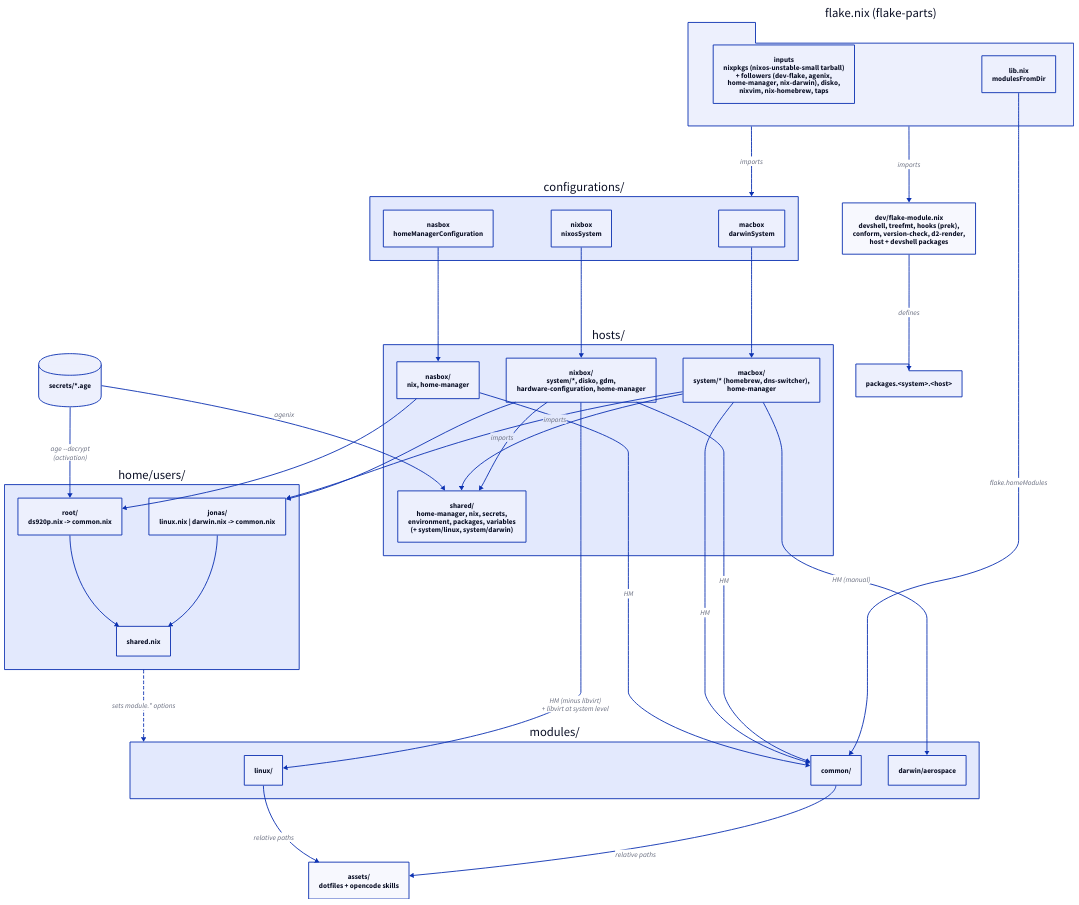
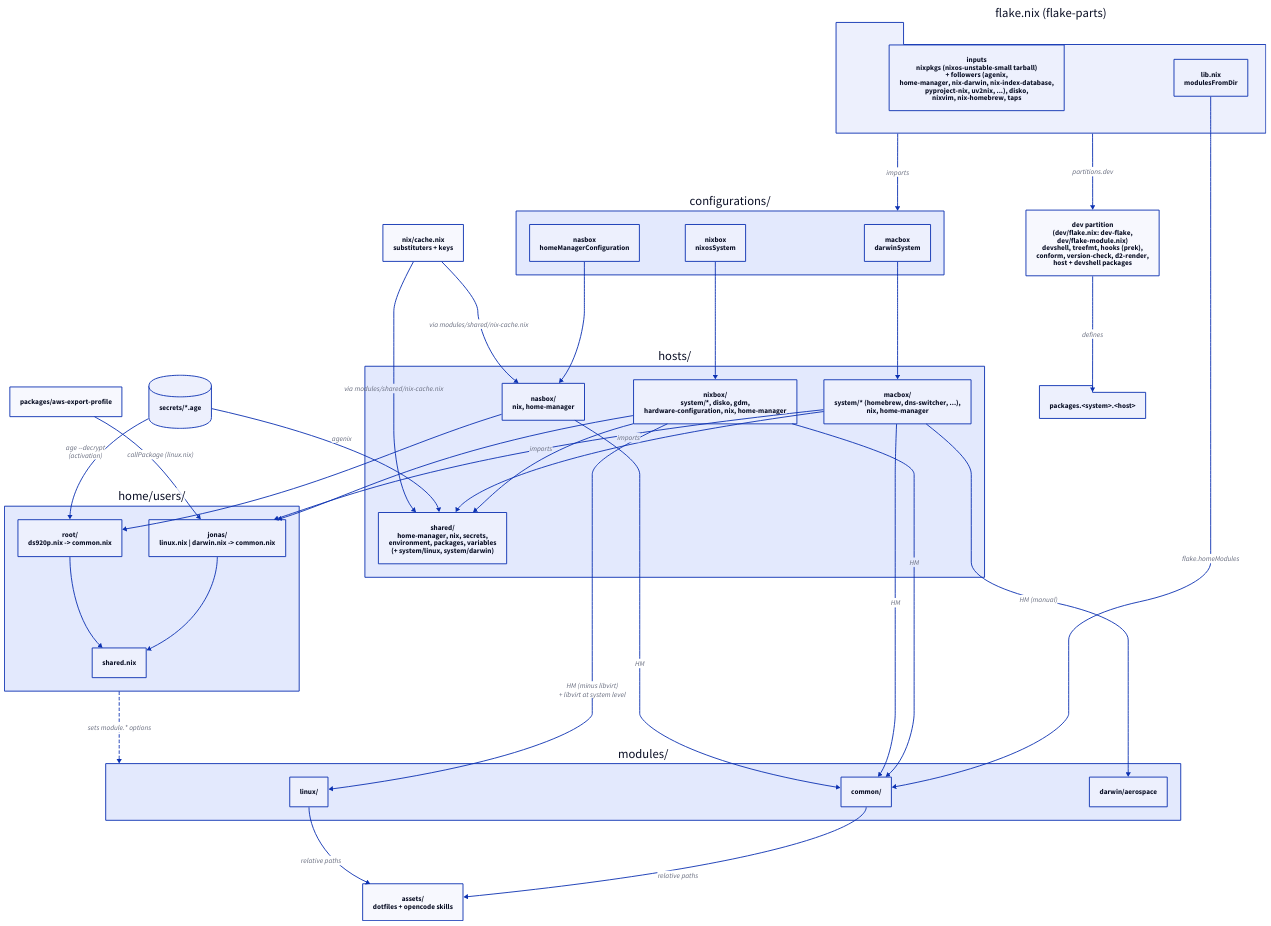
One commit to eana/nix-config changed the diagram in wiki/diagrams/architecture.d2. Above: the diagram before and after it, drawn with D2. The commit also changed 10 other files, not shown here.

```diff
--- a/wiki/diagrams/architecture.d2
+++ b/wiki/diagrams/architecture.d2
@@ -1,71 +1,78 @@
 direction: down
 
 flake: "flake.nix (flake-parts)" {
   shape: package
   lib: "lib.nix\nmodulesFromDir"
-  inputs: "inputs\nnixpkgs (nixos-unstable-small tarball)\n+ followers (dev-flake, agenix,\nhome-manager, nix-darwin), disko,\nnixvim, nix-homebrew, taps"
+  inputs: "inputs\nnixpkgs (nixos-unstable-small tarball)\n+ followers (agenix,\nhome-manager, nix-darwin, nix-index-database,\npyproject-nix, uv2nix, ...), disko,\nnixvim, nix-homebrew, taps"
 }
 
-dev: "dev/flake-module.nix\ndevshell, treefmt, hooks (prek),\nconform, version-check, d2-render,\nhost + devshell packages"
+dev: "dev partition\n(dev/flake.nix: dev-flake,\ndev/flake-module.nix)\ndevshell, treefmt, hooks (prek),\nconform, version-check, d2-render,\nhost + devshell packages"
 
 configurations: "configurations/" {
   cfg_nixbox: "nixbox\nnixosSystem"
   cfg_macbox: "macbox\ndarwinSystem"
   cfg_nasbox: "nasbox\nhomeManagerConfiguration"
 }
 
 hosts: "hosts/" {
   hosts_shared: "shared/\nhome-manager, nix, secrets,\nenvironment, packages, variables\n(+ system/linux, system/darwin)"
-  host_nixbox: "nixbox/\nsystem/*, disko, gdm,\nhardware-configuration, home-manager"
-  host_macbox: "macbox/\nsystem/* (homebrew, dns-switcher),\nhome-manager"
+  host_nixbox: "nixbox/\nsystem/*, disko, gdm,\nhardware-configuration, nix, home-manager"
+  host_macbox: "macbox/\nsystem/* (homebrew, dns-switcher, ...),\nnix, home-manager"
   host_nasbox: "nasbox/\nnix, home-manager"
 }
 
 home: "home/users/" {
   user_jonas: "jonas/\nlinux.nix | darwin.nix -> common.nix"
   user_root: "root/\nds920p.nix -> common.nix"
   user_shared: "shared.nix"
 }
 
 modules: "modules/" {
   mod_common: "common/"
   mod_linux: "linux/"
   mod_darwin: "darwin/aerospace"
 }
 
 assets: "assets/\ndotfiles + opencode skills"
 
+nixcache: "nix/cache.nix\nsubstituters + keys"
+
+pkgs: "packages/aws-export-profile"
+
 secrets: "secrets/*.age" {
   shape: cylinder
 }
 
 outputs: "packages.<system>.<host>" {
   shape: package
 }
 
-flake -> dev: "imports"
+flake -> dev: "partitions.dev"
 flake -> configurations: "imports"
 flake.lib -> modules.mod_common: "flake.homeModules"
 dev -> outputs: "defines"
 configurations.cfg_nixbox -> hosts.host_nixbox
 configurations.cfg_macbox -> hosts.host_macbox
 configurations.cfg_nasbox -> hosts.host_nasbox
 hosts.host_nixbox -> hosts.hosts_shared: "imports"
 hosts.host_macbox -> hosts.hosts_shared: "imports"
 hosts.host_nixbox -> home.user_jonas
 hosts.host_macbox -> home.user_jonas
 hosts.host_nasbox -> home.user_root
 home.user_jonas -> home.user_shared
 home.user_root -> home.user_shared
 hosts.host_nixbox -> modules.mod_common: "HM"
 hosts.host_nixbox -> modules.mod_linux: "HM (minus libvirt)\n+ libvirt at system level"
 hosts.host_macbox -> modules.mod_common: "HM"
 hosts.host_macbox -> modules.mod_darwin: "HM (manual)"
 hosts.host_nasbox -> modules.mod_common: "HM"
 home -> modules: "sets module.* options" {
   style.stroke-dash: 3
 }
 modules.mod_common -> assets: "relative paths"
 modules.mod_linux -> assets: "relative paths"
 secrets -> hosts.hosts_shared: "agenix"
 secrets -> home.user_root: "age --decrypt\n(activation)"
+nixcache -> hosts.hosts_shared: "via modules/shared/nix-cache.nix"
+nixcache -> hosts.host_nasbox: "via modules/shared/nix-cache.nix"
+pkgs -> home.user_jonas: "callPackage (linux.nix)"
```
